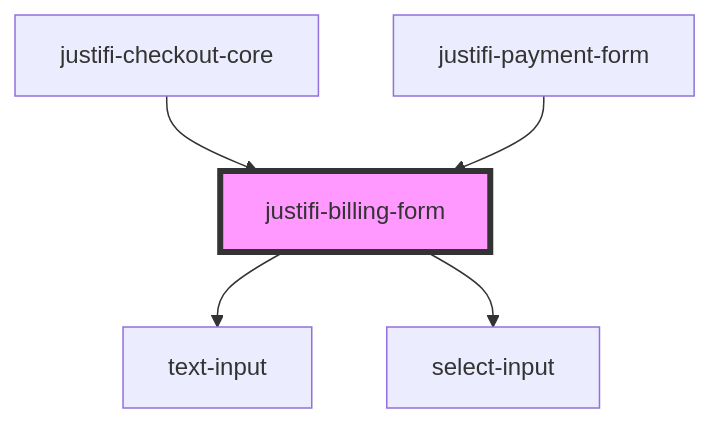
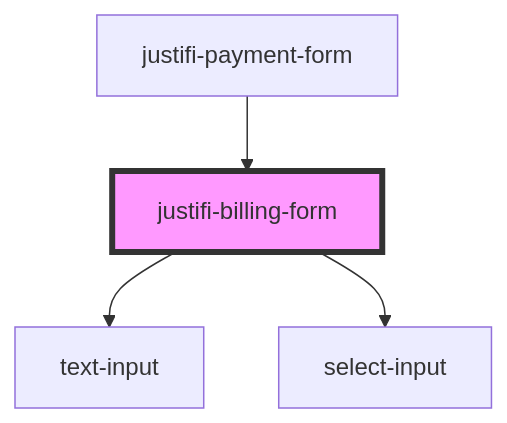
The diagram in packages/webcomponents/src/components/billing-form/readme.md (justifi-tech/web-component-library), drawn with Mermaid before and after one commit. The commit also changed other lines of this file and 11 other files, not shown here.

Commit message:
break up saved pms from create pm token flow

````diff
--- a/packages/webcomponents/src/components/billing-form/readme.md
+++ b/packages/webcomponents/src/components/billing-form/readme.md
@@ -67,8 +66,7 @@
 ```mermaid
 graph TD;
   justifi-billing-form --> text-input
   justifi-billing-form --> select-input
-  justifi-checkout-core --> justifi-billing-form
   justifi-payment-form --> justifi-billing-form
   style justifi-billing-form fill:#f9f,stroke:#333,stroke-width:4px
 ```
````
